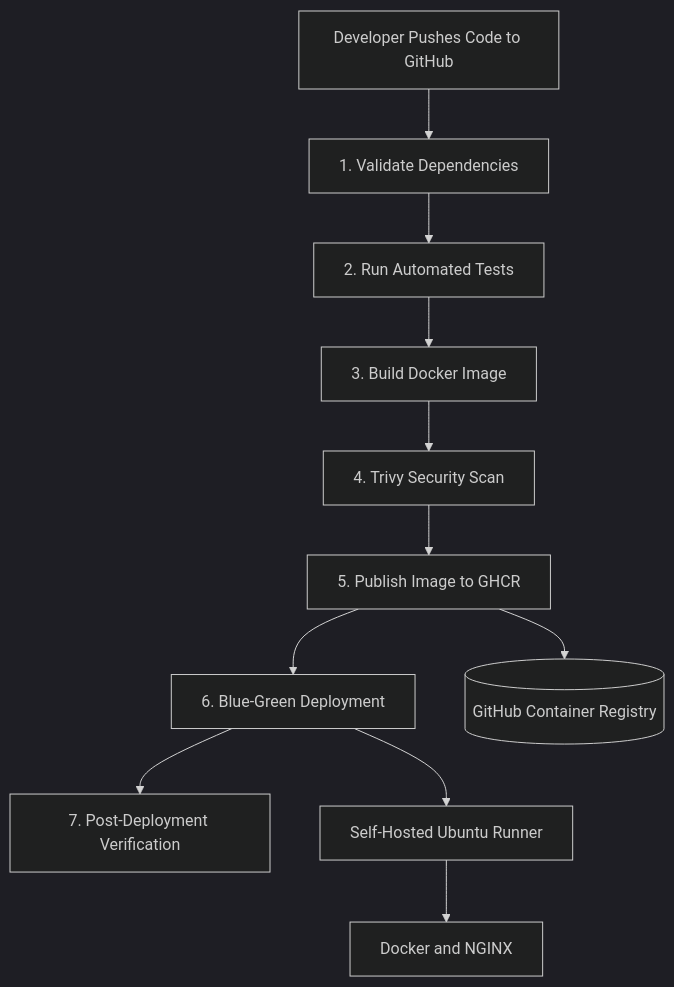
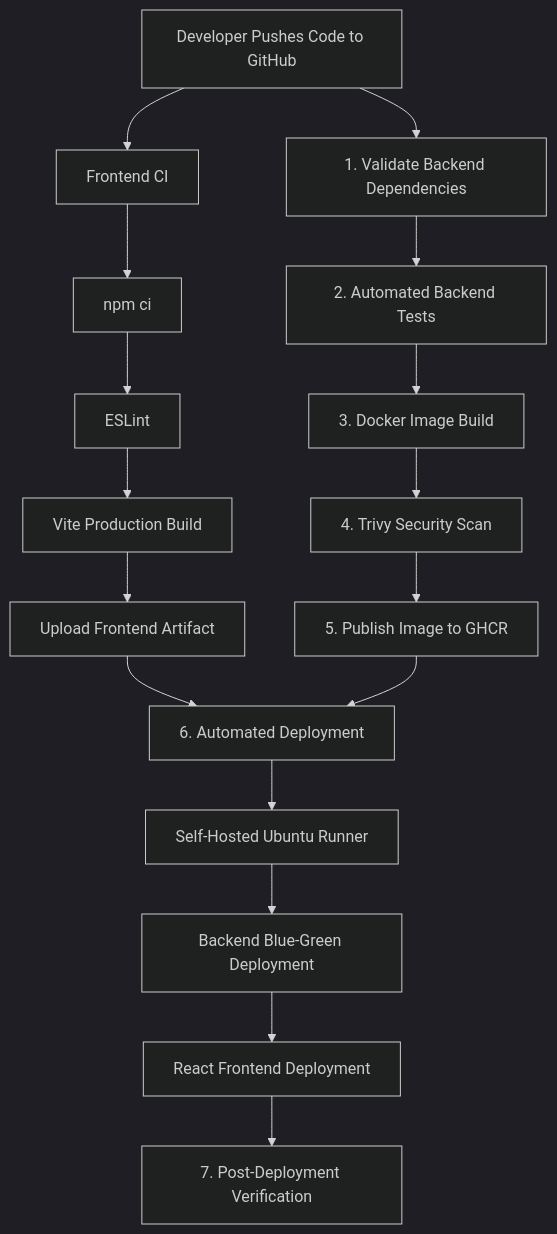
One commit to imtiaz04/autoquote-platform changed the second of 4 diagrams in README.md. Above: the diagram before and after it, drawn with Mermaid (dark theme). The commit also changed other lines of this file and 1 other file, not shown here.

````diff
--- a/README.md
+++ b/README.md
@@ -142,23 +161,25 @@
 ```mermaid
 flowchart TD
-    A[Developer Pushes Code to GitHub]
-    B[1. Validate Dependencies]
-    C[2. Run Automated Tests]
-    D[3. Build Docker Image]
-    E[4. Trivy Security Scan]
-    F[5. Publish Image to GHCR]
-    G[6. Blue-Green Deployment]
-    H[7. Post-Deployment Verification]
+    A["Developer Pushes Code to GitHub"]
 
-    A --> B
-    B --> C
-    C --> D
-    D --> E
-    E --> F
-    F --> G
+    A --> B["Frontend CI"]
+    A --> C["1. Validate Backend Dependencies"]
+
+    B --> B1["npm ci"]
+    B1 --> B2["ESLint"]
+    B2 --> B3["Vite Production Build"]
+    B3 --> B4["Upload Frontend Artifact"]
+
+    C --> D["2. Automated Backend Tests"]
+    D --> E["3. Docker Image Build"]
+    E --> F["4. Trivy Security Scan"]
+    F --> G["5. Publish Image to GHCR"]
+
+    B4 --> H["6. Automated Deployment"]
     G --> H
 
-    F --> I[(GitHub Container Registry)]
-    G --> J[Self-Hosted Ubuntu Runner]
-    J --> K[Docker and NGINX]
+    H --> I["Self-Hosted Ubuntu Runner"]
+    I --> J["Backend Blue-Green Deployment"]
+    J --> K["React Frontend Deployment"]
+    K --> L["7. Post-Deployment Verification"]
 ```
````
